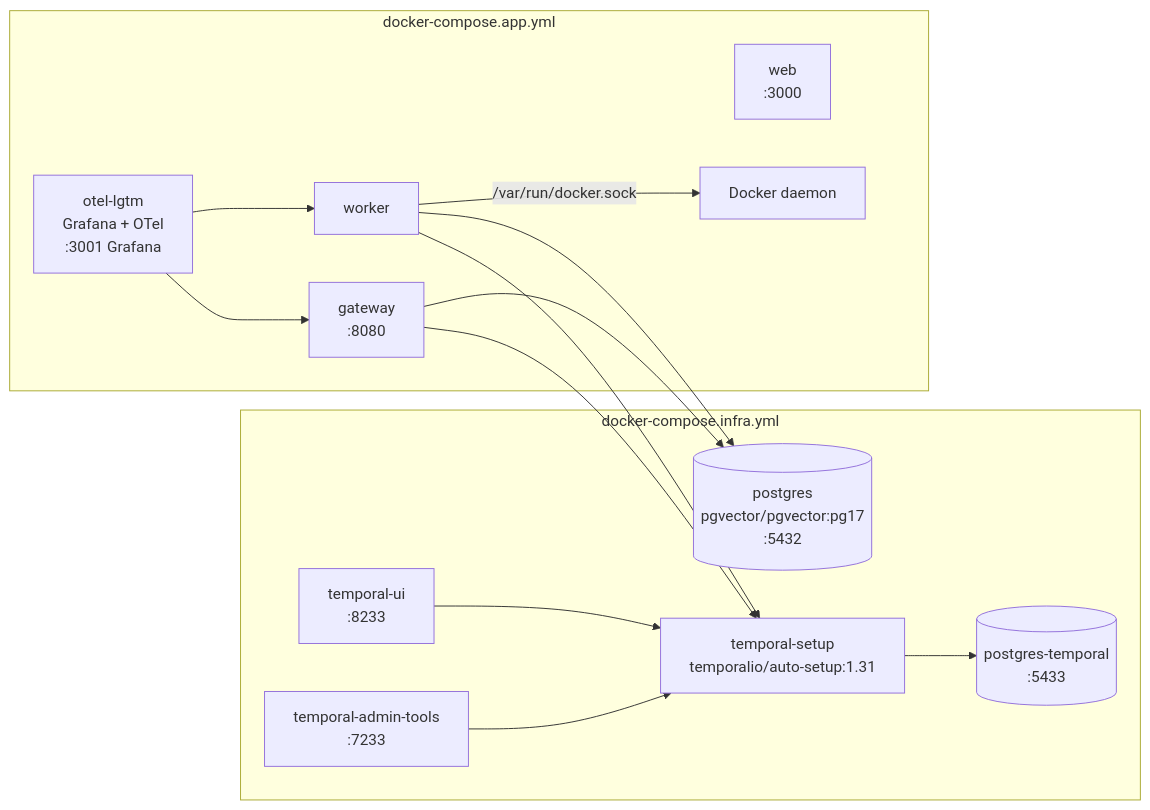
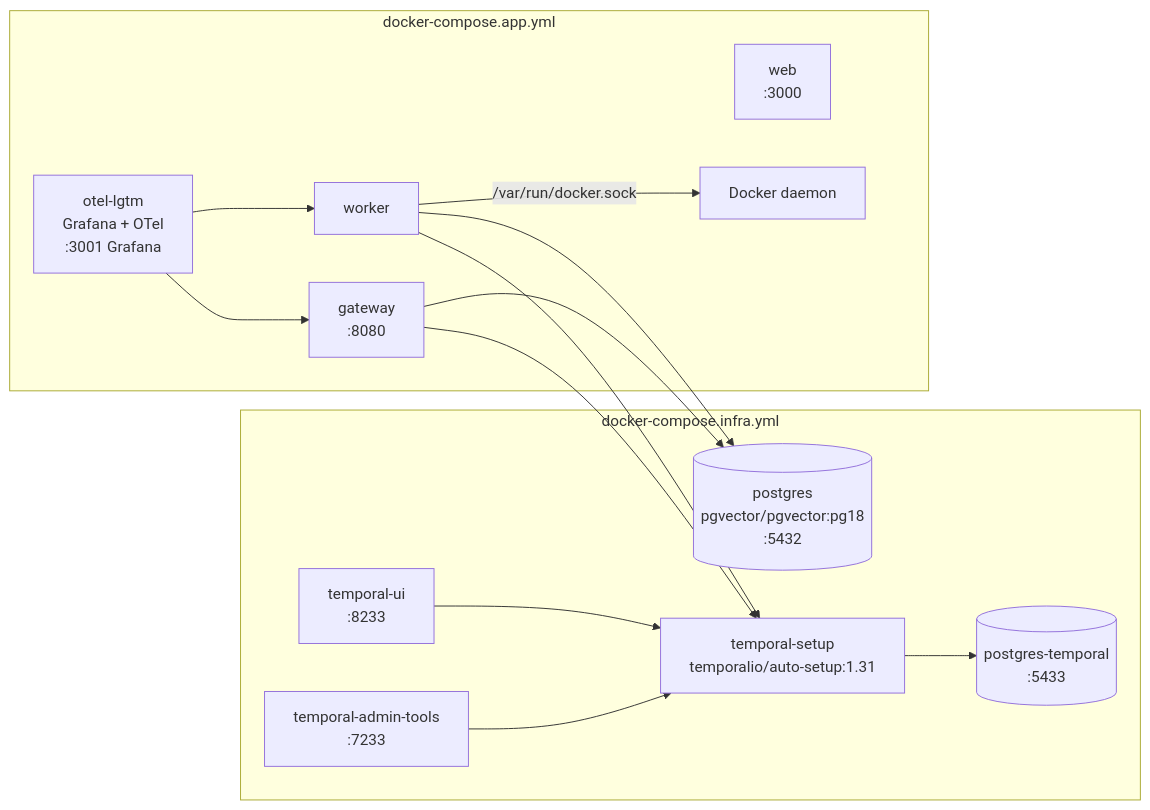
Before and after one commit to yorch/auto-swe: the sixth of 6 diagrams in docs/architecture.md, drawn with Mermaid. The commit also changed other lines of this file and 4 other files, not shown here.

````diff
--- a/docs/architecture.md
+++ b/docs/architecture.md
@@ -485,27 +485,27 @@
 ```mermaid
 flowchart LR
     subgraph docker-compose.infra.yml
-        PG[(postgres\npgvector/pgvector:pg17\n:5432)]
+        PG[(postgres\npgvector/pgvector:pg18\n:5432)]
         PGTMP[(postgres-temporal\n:5433)]
         TMPSETUP[temporal-setup\ntemporalio/auto-setup:1.31]
         TMPADMIN[temporal-admin-tools\n:7233]
         TMPUI[temporal-ui\n:8233]
         TMPSETUP --> PGTMP
         TMPADMIN --> TMPSETUP
         TMPUI --> TMPSETUP
     end
 
     subgraph docker-compose.app.yml
         GW2[gateway\n:8080]
         WK2[worker]
         WEB2[web\n:3000]
         OTEL[otel-lgtm\nGrafana + OTel\n:3001 Grafana]
         GW2 --> PG
         WK2 --> PG
         GW2 --> TMPSETUP
         WK2 --> TMPSETUP
         WK2 -->|/var/run/docker.sock| HOST[Docker daemon]
         OTEL --> GW2
         OTEL --> WK2
     end
 ```
````
